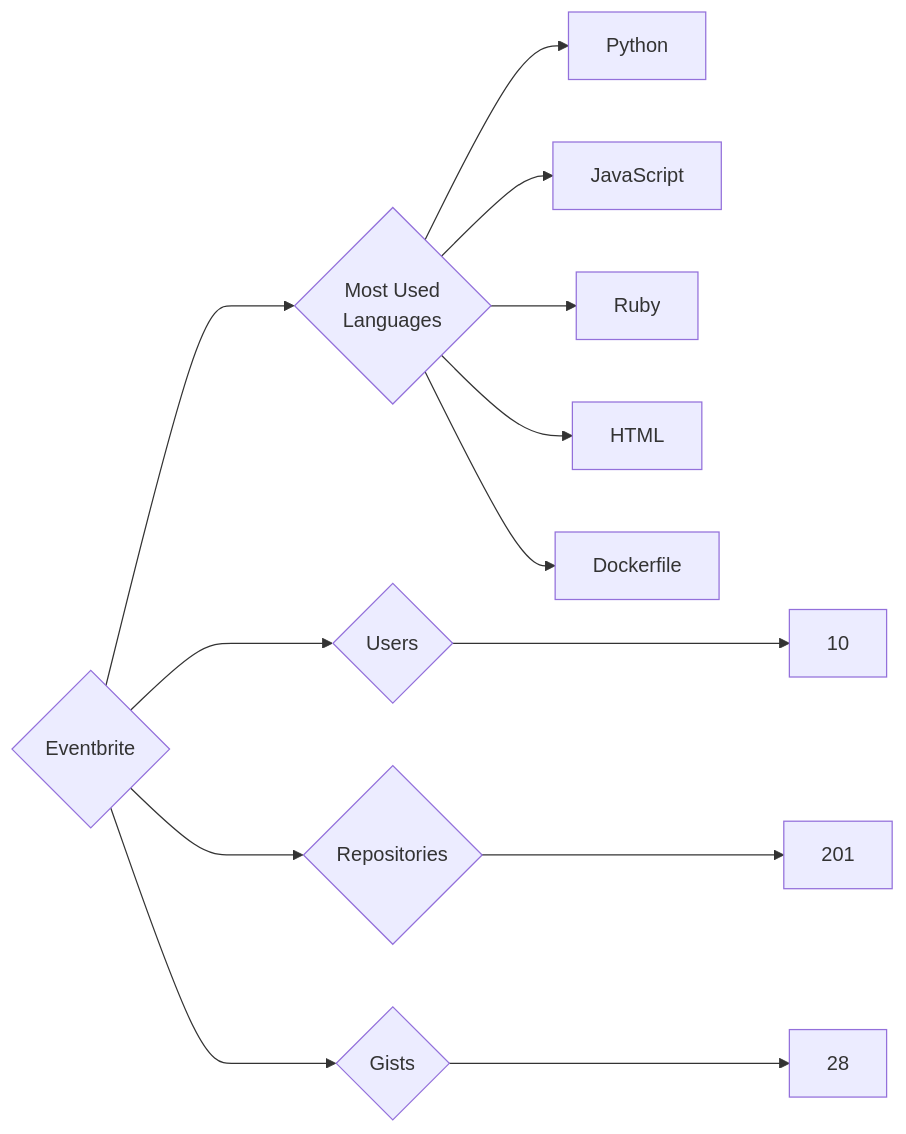
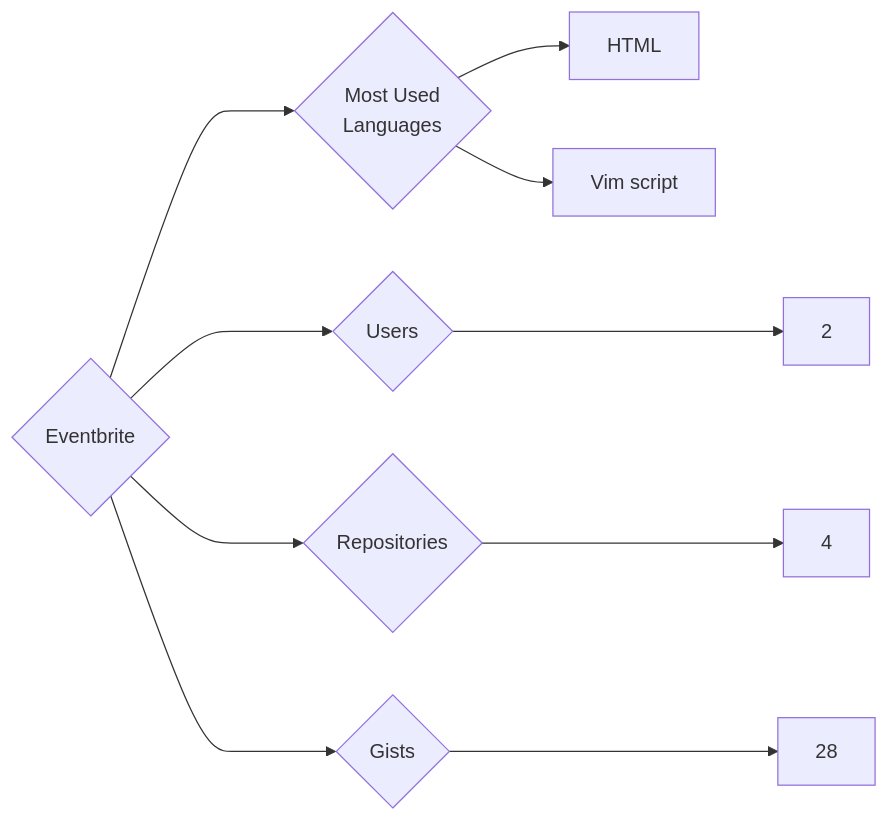
Before and after one commit to trickest/insiders: the diagram in targets/Eventbrite/README.md, drawn with Mermaid. The commit also changed 951 other files, not shown here.

````diff
--- a/targets/Eventbrite/README.md
+++ b/targets/Eventbrite/README.md
@@ -3,13 +3,10 @@
 ```mermaid
 graph LR
 COMPANY_NAME{Eventbrite}
-COMPANY_NAME ---> U{Users} ---> UN[10]
-COMPANY_NAME ---> R{Repositories} ---> RN[201]
+COMPANY_NAME ---> U{Users} ---> UN[2]
+COMPANY_NAME ---> R{Repositories} ---> RN[4]
 COMPANY_NAME ---> G{Gists} ---> GN[28]
 COMPANY_NAME ---> ML{Most Used<br>Languages}
-ML --> Python
-ML --> JavaScript
-ML --> Ruby
-ML --> HTML
-ML --> Dockerfile
+ML --> HTML[HTML]
+ML --> Vim_script[Vim script]
 ```
````
